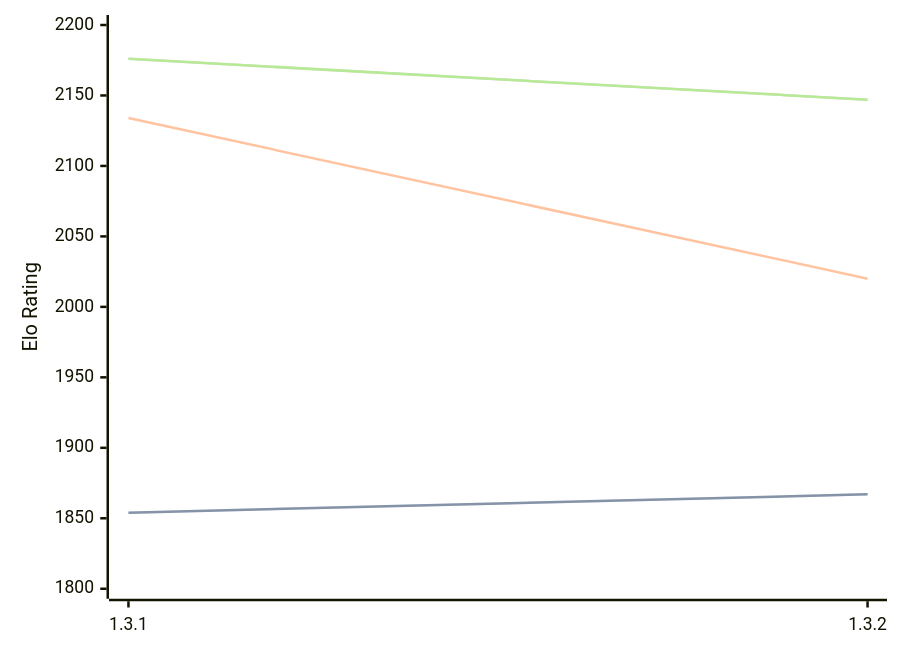
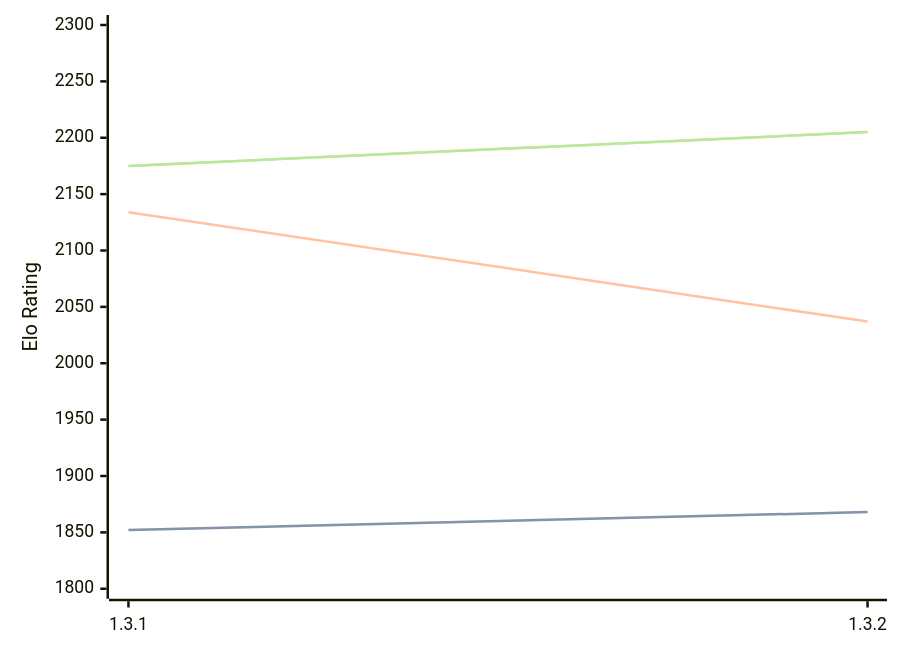
The third of 3 diagrams in engines/Zugblitz.md (computer-chess-index/cci), drawn with Mermaid before and after one commit. The commit also changed other lines of this file, not shown here.

Commit message:
Update CCI Ratings (ELO VLTC) - 2026-06-17

````diff
--- a/engines/Zugblitz.md
+++ b/engines/Zugblitz.md
@@ -65,11 +65,11 @@
 ```mermaid
 %%{init: {"theme":"base","themeVariables":{"seriesColors:['#a3a3a3','#222221','#faa371']}}}%%
 xychart-beta
   x-axis ["1.3.1", "1.3.2"]
-  y-axis "Elo Rating" 1800 --> 2200
-  line "STC (8.0+0.08s)" [1854, 1867]
-  line "STC (8.0+0.08s)" [1854, 1867]
-  line "LTC (60.0+0.60s)" [2134, 2020]
-  line "VLTC (2m24s+1.12s)" [2176, 2147]
-  line "VLTC (2m24s+1.12s)" [2176, 2147]
+  y-axis "Elo Rating" 1800 --> 2300
+  line "STC (8.0+0.08s)" [1852, 1868]
+  line "STC (8.0+0.08s)" [1852, 1868]
+  line "LTC (60.0+0.60s)" [2134, 2037]
+  line "VLTC (2m24s+1.12s)" [2175, 2205]
+  line "VLTC (2m24s+1.12s)" [2175, 2205]
 ```
````
